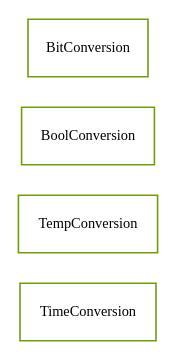
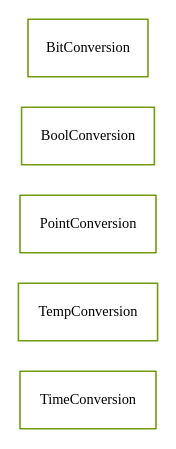
The diagram in docs/com/sekati/convert/classes.dot (sekati/sasapi), drawn with Graphviz before and after one commit. The commit also changed 66 other files, not shown here.

```diff
--- a/docs/com/sekati/convert/classes.dot
+++ b/docs/com/sekati/convert/classes.dot
@@ -1,39 +1,48 @@
 strict digraph class_diagram {
   rankdir=LR;
   TypeTimeConversion[
     label="TimeConversion",
     URL="TimeConversion.html",
     tooltip="com.sekati.convert.TimeConversion",
     fontname="Verdana",
     fontsize="9"
     color="#729b12"
     shape="record"
   ];
   TypeTempConversion[
     label="TempConversion",
     URL="TempConversion.html",
     tooltip="com.sekati.convert.TempConversion",
+    fontname="Verdana",
+    fontsize="9"
+    color="#729b12"
+    shape="record"
+  ];
+  TypePointConversion[
+    label="PointConversion",
+    URL="PointConversion.html",
+    tooltip="com.sekati.convert.PointConversion",
     fontname="Verdana",
     fontsize="9"
     color="#729b12"
     shape="record"
   ];
   TypeBoolConversion[
     label="BoolConversion",
     URL="BoolConversion.html",
     tooltip="com.sekati.convert.BoolConversion",
     fontname="Verdana",
     fontsize="9"
     color="#729b12"
     shape="record"
   ];
   TypeBitConversion[
     label="BitConversion",
     URL="BitConversion.html",
     tooltip="com.sekati.convert.BitConversion",
     fontname="Verdana",
     fontsize="9"
     color="#729b12"
     shape="record"
   ];
 }
```
